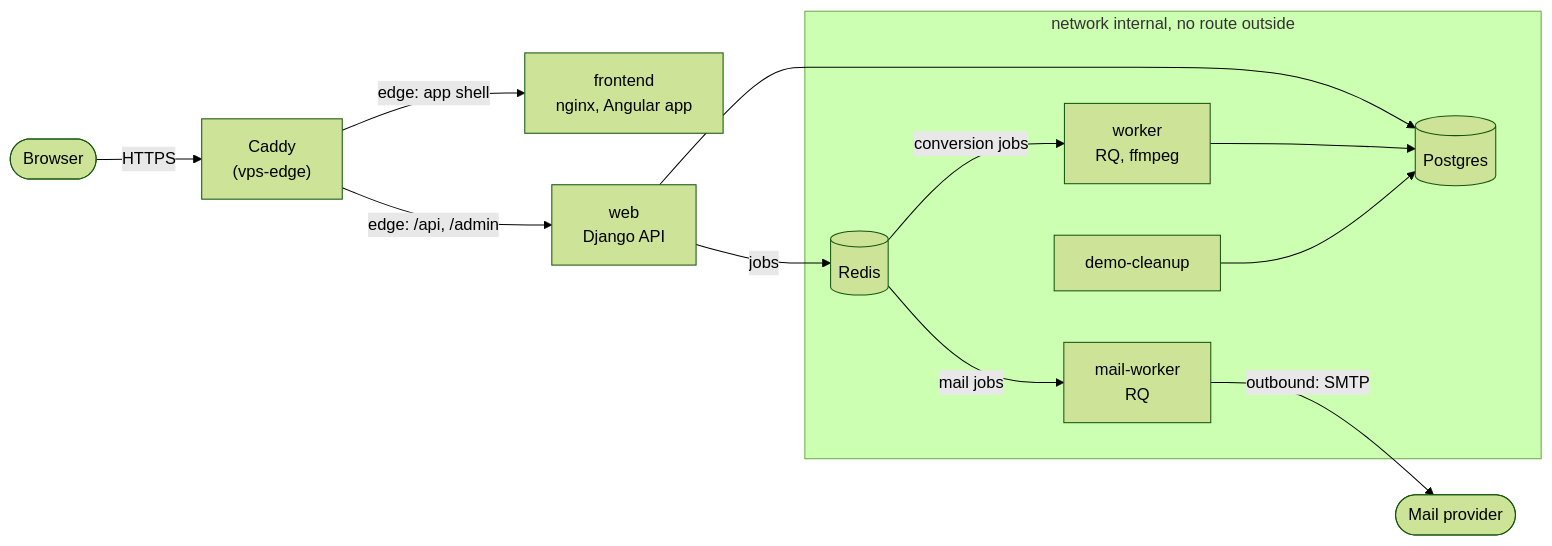
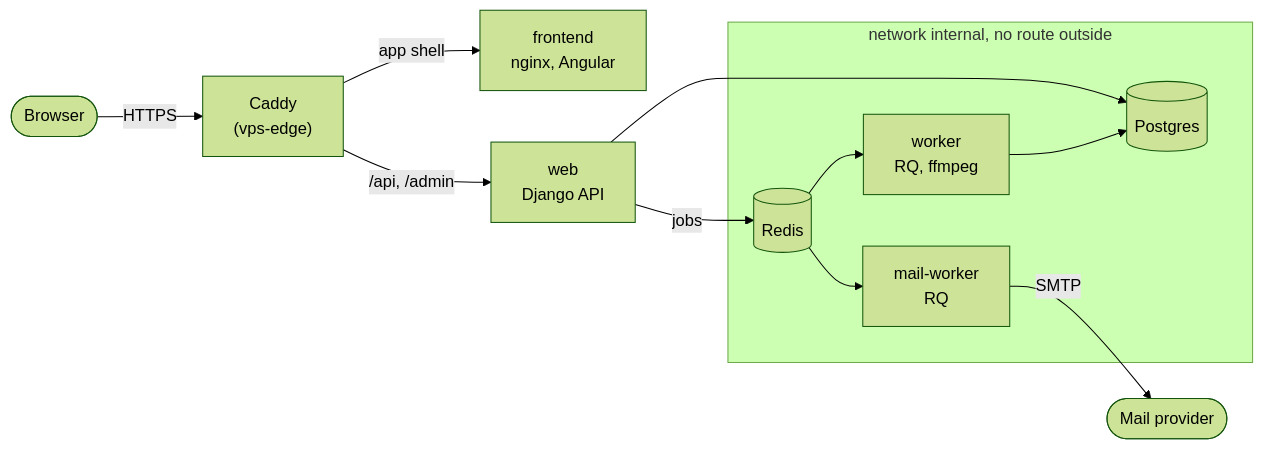
The diagram in README.md (PhilippKlinger/videoflix-deploy), drawn with Mermaid (forest theme) before and after one commit. The commit also changed other lines of this file, not shown here.

Commit message:
docs: put the intro first and give the stack diagram its own section

````diff
--- a/README.md
+++ b/README.md
@@ -13,20 +15,18 @@
 ```mermaid
 flowchart LR
     browser([Browser]) -->|HTTPS| caddy["Caddy<br/>(vps-edge)"]
-    caddy -- "edge: app shell" --> frontend["frontend<br/>nginx, Angular app"]
-    caddy -- "edge: /api, /admin" --> web["web<br/>Django API"]
+    caddy -- "app shell" --> frontend["frontend<br/>nginx, Angular"]
+    caddy -- "/api, /admin" --> web["web<br/>Django API"]
     subgraph internal [network internal, no route outside]
         db[(Postgres)]
         redis[(Redis)]
         worker["worker<br/>RQ, ffmpeg"]
         mail["mail-worker<br/>RQ"]
-        cleanup[demo-cleanup]
     end
     web --> db
     web -- jobs --> redis
-    redis -- "conversion jobs" --> worker
-    redis -- "mail jobs" --> mail
+    redis --> worker
+    redis --> mail
     worker --> db
-    cleanup --> db
-    mail -- "outbound: SMTP" --> smtp([Mail provider])
+    mail -- SMTP --> smtp([Mail provider])
 ```
````
